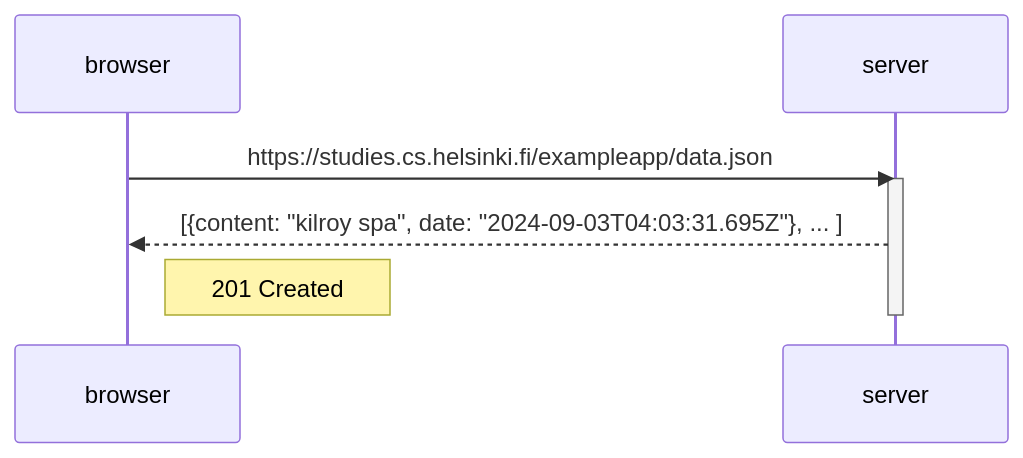
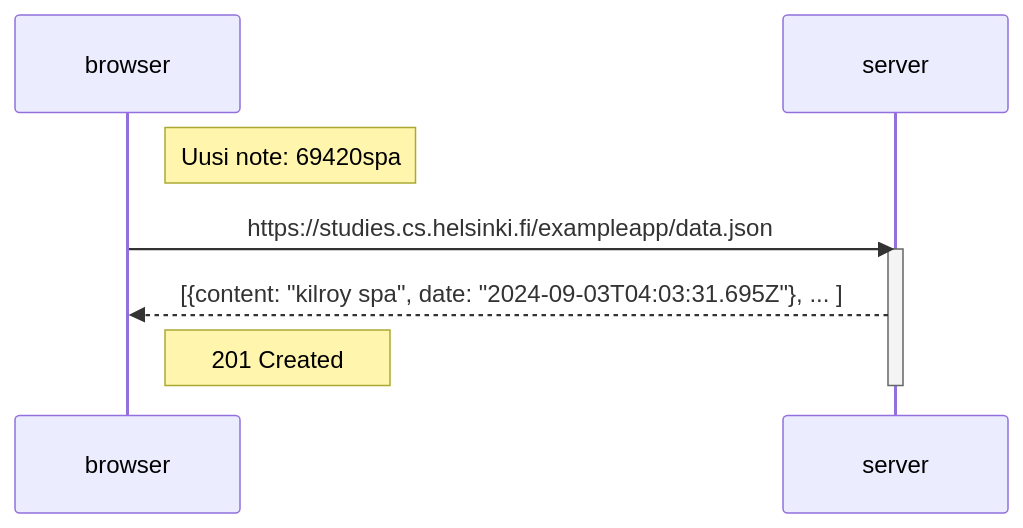
The diagram in osa0/0_6.md (Seakorv/FullStackOpen), drawn with Mermaid before and after one commit.

````diff
--- a/osa0/0_6.md
+++ b/osa0/0_6.md
@@ -1,12 +1,14 @@
 ```mermaid
 sequenceDiagram
     participant browser
     participant server
+
+    Note right of browser: Uusi note: 69420spa
     
     browser->>server: https://studies.cs.helsinki.fi/exampleapp/data.json
     activate server
     server-->>browser: [{content: "kilroy spa", date: "2024-09-03T04:03:31.695Z"}, ... ]
     Note right of browser: 201 Created 
     deactivate server    
 
 ```
````
